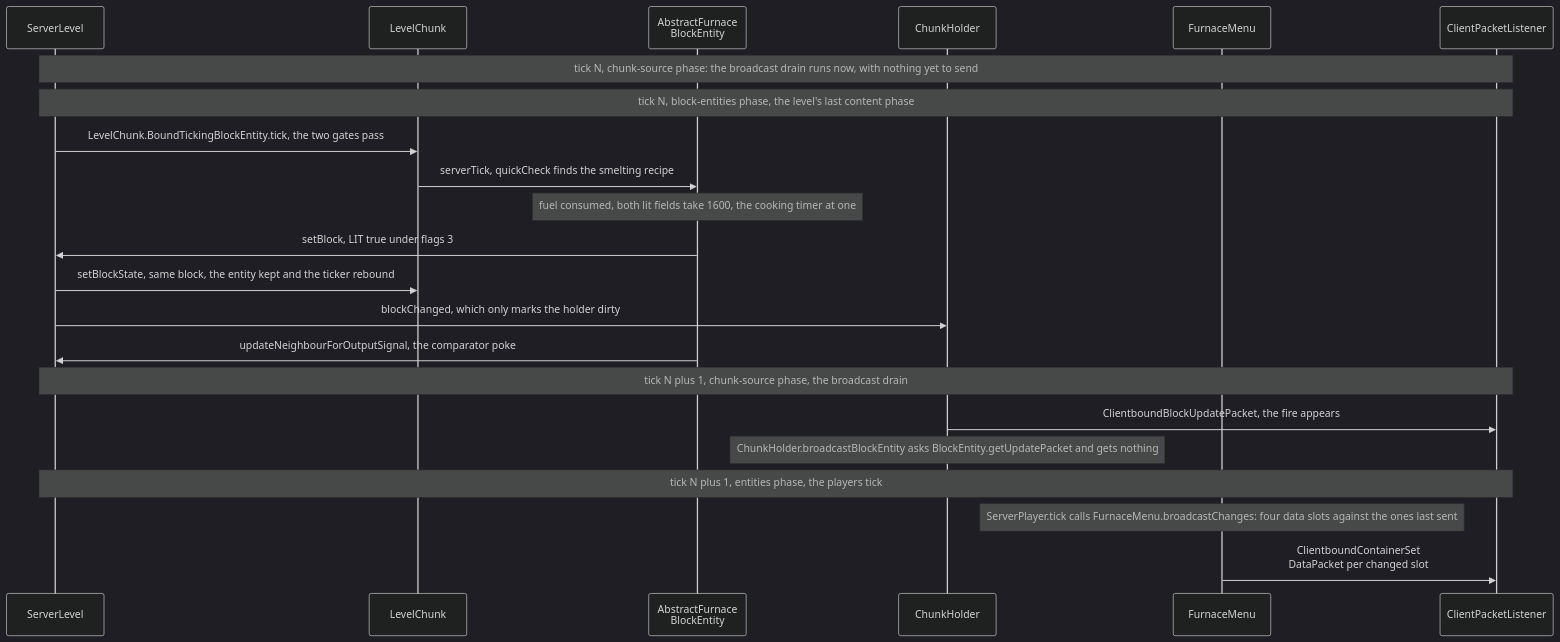
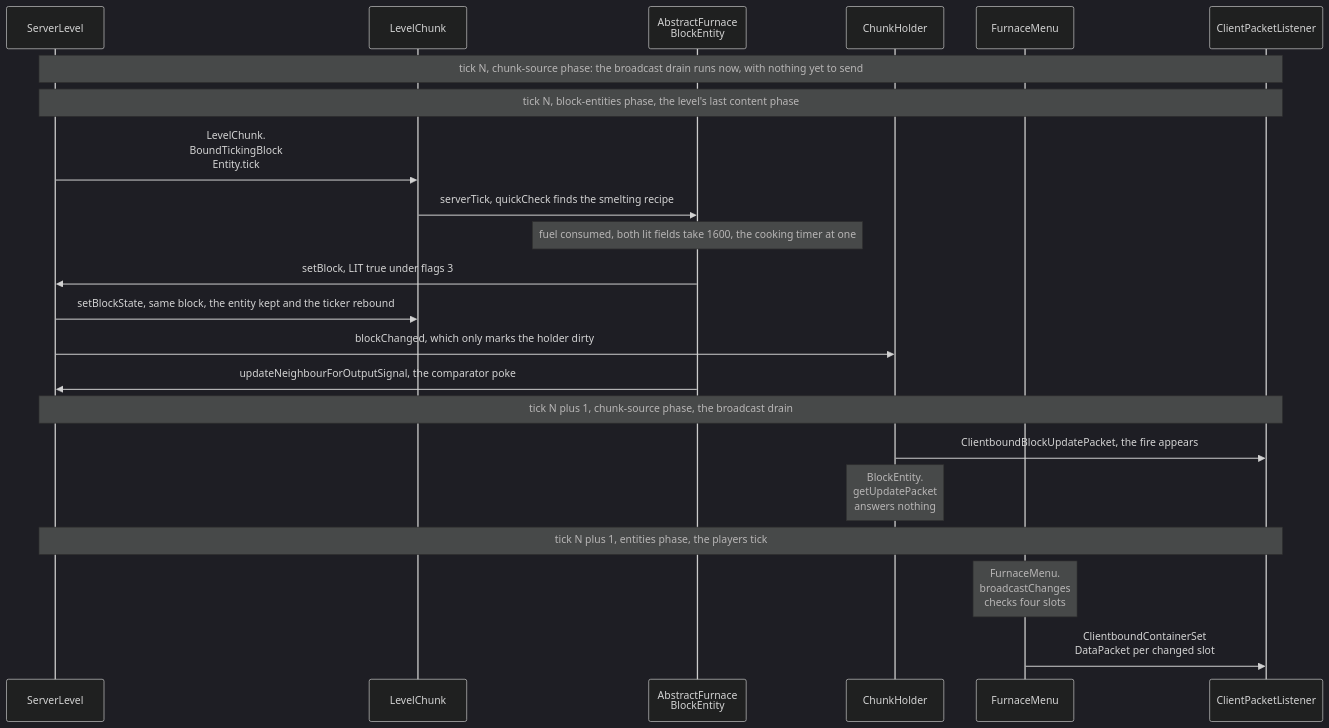
One commit to AlexanderjFraser/MinecraftDocs changed the diagram in src/systems/blocks/block-entities.md. Above: the diagram before and after it, drawn with Mermaid (dark theme). The commit also changed 55 other files, not shown here.

First line of the commit message:
pass 7, session O — the close, before K: the figure gate strict, the landing figures read as one set, and one strike in thirty not borne out

````diff
--- a/src/systems/blocks/block-entities.md
+++ b/src/systems/blocks/block-entities.md
@@ -155,24 +155,24 @@
 ```mermaid
 sequenceDiagram
     participant SL as ServerLevel
     participant LC as LevelChunk
     participant AFBE as AbstractFurnace<br/>BlockEntity
     participant CH as ChunkHolder
     participant FM as FurnaceMenu
     participant CPL as ClientPacketListener
     Note over SL,CPL: tick N, chunk-source phase: the broadcast drain runs now, with nothing yet to send
     Note over SL,CPL: tick N, block-entities phase, the level's last content phase
-    SL->>LC: LevelChunk.BoundTickingBlockEntity.tick, the two gates pass
+    SL->>LC: LevelChunk.<br/>BoundTickingBlock<br/>Entity.tick
     LC->>AFBE: serverTick, quickCheck finds the smelting recipe
     Note over AFBE: fuel consumed, both lit fields take 1600, the cooking timer at one
     AFBE->>SL: setBlock, LIT true under flags 3
     SL->>LC: setBlockState, same block, the entity kept and the ticker rebound
     SL->>CH: blockChanged, which only marks the holder dirty
     AFBE->>SL: updateNeighbourForOutputSignal, the comparator poke
     Note over SL,CPL: tick N plus 1, chunk-source phase, the broadcast drain
     CH->>CPL: ClientboundBlockUpdatePacket, the fire appears
-    Note over CH: ChunkHolder.broadcastBlockEntity asks BlockEntity.getUpdatePacket and gets nothing
+    Note over CH: BlockEntity.<br/>getUpdatePacket<br/>answers nothing
     Note over SL,CPL: tick N plus 1, entities phase, the players tick
-    Note over FM: ServerPlayer.tick calls FurnaceMenu.broadcastChanges: four data slots against the ones last sent
+    Note over FM: FurnaceMenu.<br/>broadcastChanges<br/>checks four slots
     FM->>CPL: ClientboundContainerSet<br/>DataPacket per changed slot
 ```
````
